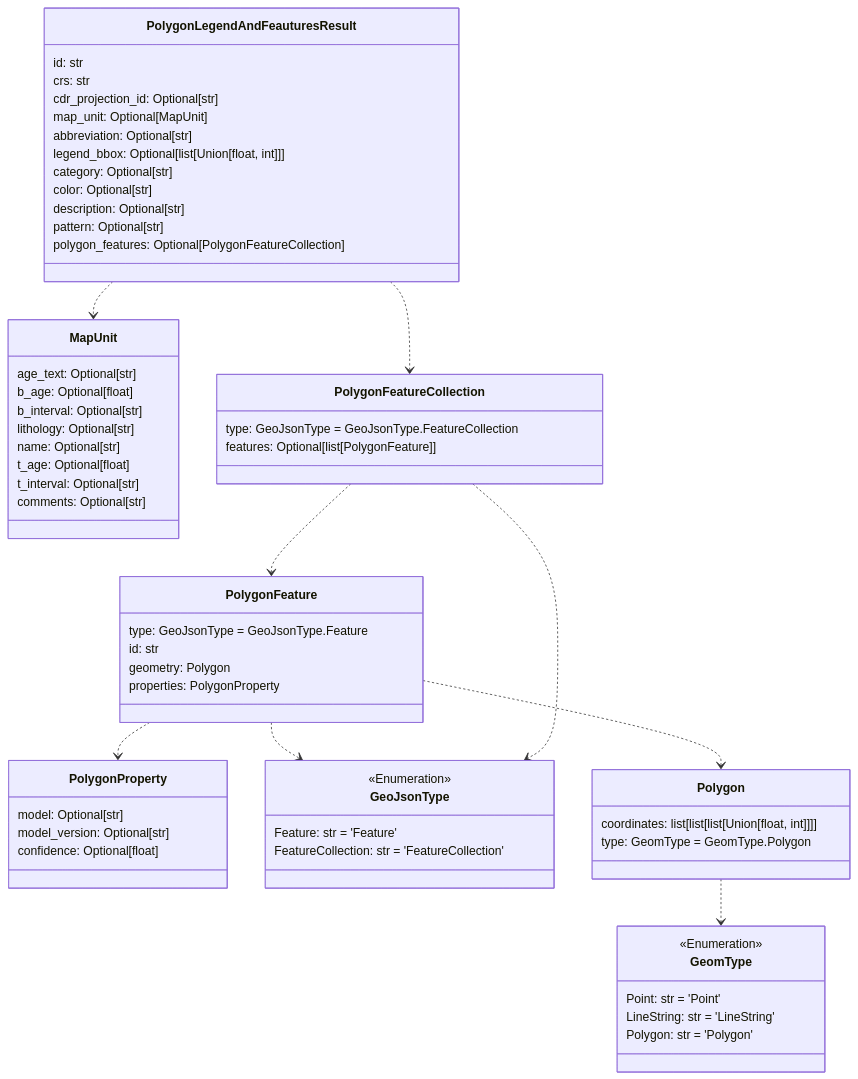
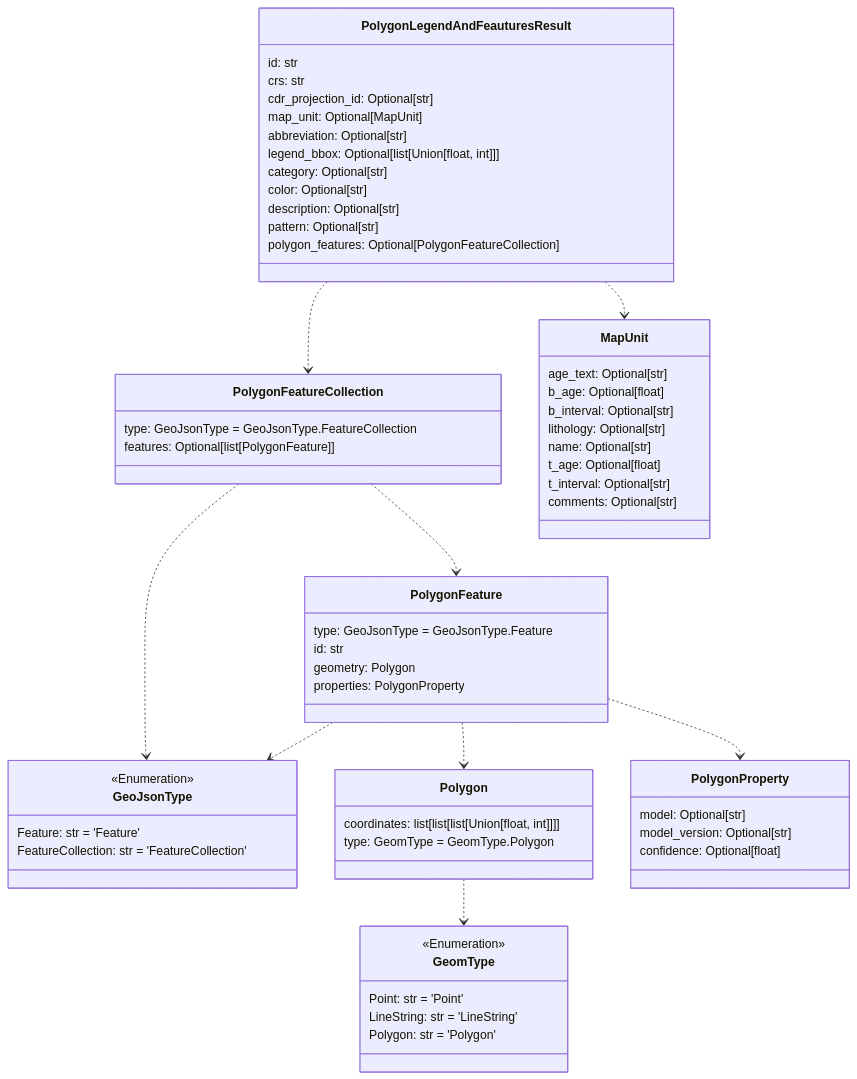
Before and after one commit to DARPA-CRITICALMAAS/cdr_schemas: the seventh of 12 diagrams in README.md, drawn with Mermaid. The commit also changed other lines of this file and 2 other files, not shown here.

````diff
--- a/README.md
+++ b/README.md
@@ -488,75 +488,75 @@
 ```mermaid
 classDiagram
+
+    class GeomType {
+        <<Enumeration>>
+        Point: str = 'Point'
+        LineString: str = 'LineString'
+        Polygon: str = 'Polygon'
+    }
+
+    class PolygonFeatureCollection {
+        type: GeoJsonType = GeoJsonType.FeatureCollection
+        features: Optional[list[PolygonFeature]]
+    }
+
+    class PolygonProperty {
+        model: Optional[str]
+        model_version: Optional[str]
+        confidence: Optional[float]
+    }
 
     class PolygonLegendAndFeauturesResult {
         id: str
         crs: str
         cdr_projection_id: Optional[str]
         map_unit: Optional[MapUnit]
         abbreviation: Optional[str]
         legend_bbox: Optional[list[Union[float, int]]]
         category: Optional[str]
         color: Optional[str]
         description: Optional[str]
         pattern: Optional[str]
         polygon_features: Optional[PolygonFeatureCollection]
     }
 
+    class GeoJsonType {
+        <<Enumeration>>
+        Feature: str = 'Feature'
+        FeatureCollection: str = 'FeatureCollection'
+    }
+
     class PolygonFeature {
         type: GeoJsonType = GeoJsonType.Feature
         id: str
         geometry: Polygon
         properties: PolygonProperty
     }
 
-    class PolygonProperty {
-        model: Optional[str]
-        model_version: Optional[str]
-        confidence: Optional[float]
+    class Polygon {
+        coordinates: list[list[list[Union[float, int]]]]
+        type: GeomType = GeomType.Polygon
     }
 
     class MapUnit {
         age_text: Optional[str]
         b_age: Optional[float]
         b_interval: Optional[str]
         lithology: Optional[str]
         name: Optional[str]
         t_age: Optional[float]
         t_interval: Optional[str]
         comments: Optional[str]
     }
 
-    class PolygonFeatureCollection {
-        type: GeoJsonType = GeoJsonType.FeatureCollection
-        features: Optional[list[PolygonFeature]]
-    }
-
-    class GeoJsonType {
-        <<Enumeration>>
-        Feature: str = 'Feature'
-        FeatureCollection: str = 'FeatureCollection'
-    }
-
-    class Polygon {
-        coordinates: list[list[list[Union[float, int]]]]
-        type: GeomType = GeomType.Polygon
-    }
-
-    class GeomType {
-        <<Enumeration>>
-        Point: str = 'Point'
-        LineString: str = 'LineString'
-        Polygon: str = 'Polygon'
-    }
-
     Polygon ..> GeomType
+    PolygonFeature ..> GeoJsonType
     PolygonFeature ..> Polygon
-    PolygonFeature ..> GeoJsonType
     PolygonFeature ..> PolygonProperty
     PolygonFeatureCollection ..> GeoJsonType
     PolygonFeatureCollection ..> PolygonFeature
     PolygonLegendAndFeauturesResult ..> PolygonFeatureCollection
     PolygonLegendAndFeauturesResult ..> MapUnit
 
 
 ```
````
